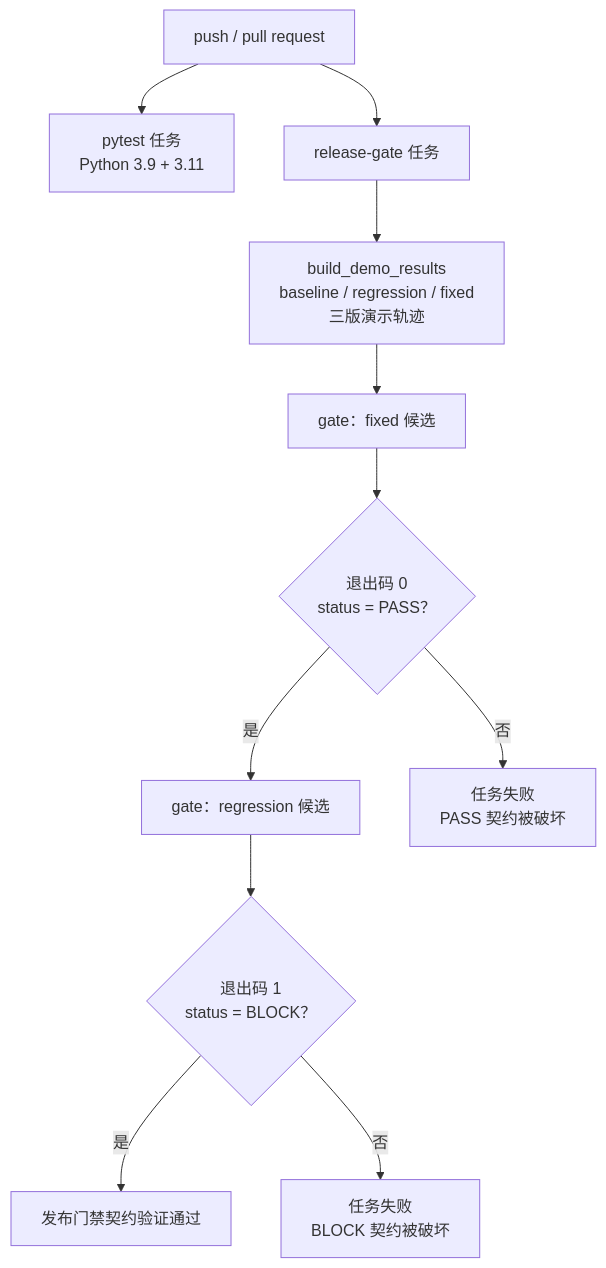
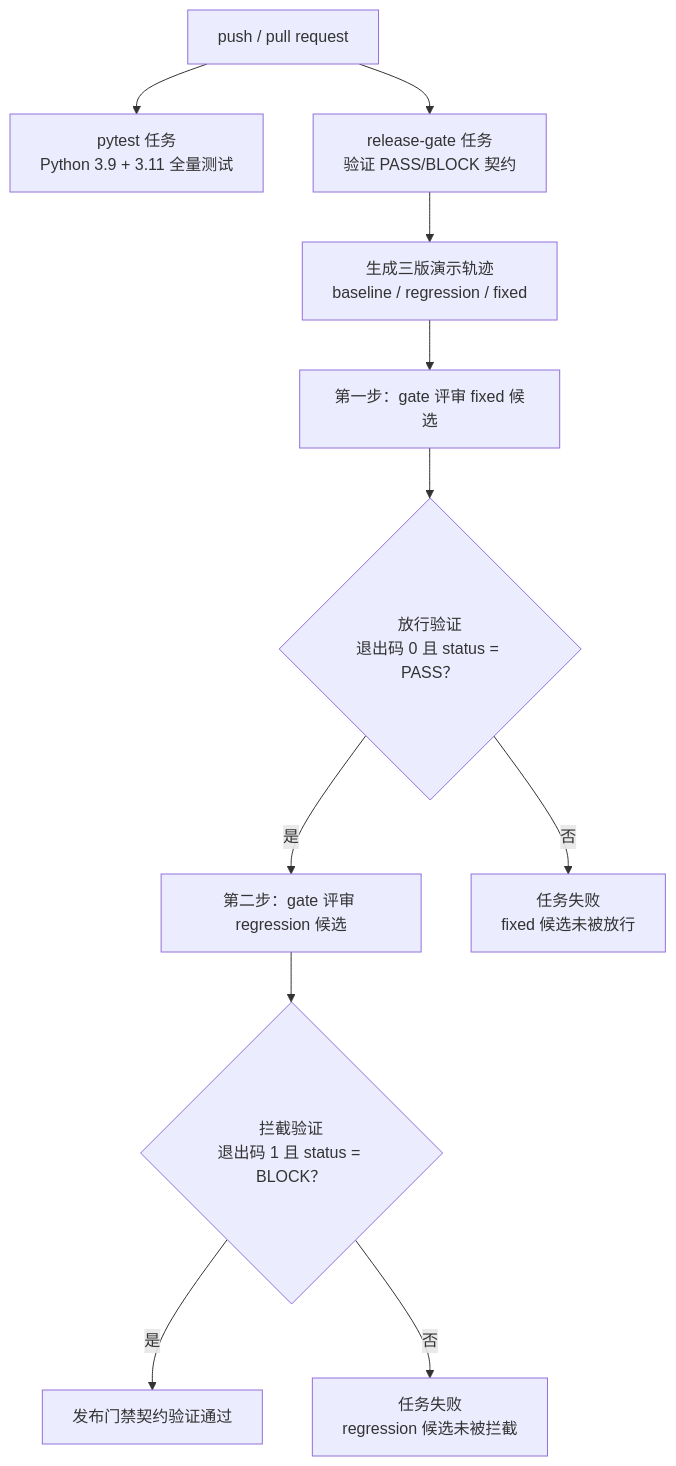
One commit to Ricardu255/TrajectEvo changed the diagram in docs/README.zh-CN.md. Above: the diagram before and after it, drawn with Mermaid. The commit also changed other lines of this file and 1 other file, not shown here.

Commit message:
Rewrite the CI section: two-step gate verification in prose and diagram
The intro now spells out the pass-through check (fixed candidate must be allowed, exit 0 / PASS) and the block check (regression candidate must be blocked, exit 1 / BLOCK); the diagram labels mirror those terms and the failure nodes state exactly which check failed.

````diff
--- a/docs/README.zh-CN.md
+++ b/docs/README.zh-CN.md
@@ -119,13 +123,13 @@
 ```mermaid
 flowchart TD
-    Trigger["push / pull request"] --> Pytest["pytest 任务<br/>Python 3.9 + 3.11"]
-    Trigger --> Gate["release-gate 任务"]
-    Gate --> Gen["build_demo_results<br/>baseline / regression / fixed<br/>三版演示轨迹"]
-    Gen --> FixedGate["gate：fixed 候选"]
-    FixedGate --> PassCheck{"退出码 0<br/>status = PASS？"}
-    PassCheck -- "是" --> RegGate["gate：regression 候选"]
-    PassCheck -- "否" --> Fail1["任务失败<br/>PASS 契约被破坏"]
-    RegGate --> BlockCheck{"退出码 1<br/>status = BLOCK？"}
+    Trigger["push / pull request"] --> Pytest["pytest 任务<br/>Python 3.9 + 3.11 全量测试"]
+    Trigger --> Gate["release-gate 任务<br/>验证 PASS/BLOCK 契约"]
+    Gate --> Gen["生成三版演示轨迹<br/>baseline / regression / fixed"]
+    Gen --> FixedGate["第一步：gate 评审 fixed 候选"]
+    FixedGate --> PassCheck{"放行验证<br/>退出码 0 且 status = PASS？"}
+    PassCheck -- "是" --> RegGate["第二步：gate 评审 regression 候选"]
+    PassCheck -- "否" --> Fail1["任务失败<br/>fixed 候选未被放行"]
+    RegGate --> BlockCheck{"拦截验证<br/>退出码 1 且 status = BLOCK？"}
     BlockCheck -- "是" --> Ok["发布门禁契约验证通过"]
-    BlockCheck -- "否" --> Fail2["任务失败<br/>BLOCK 契约被破坏"]
+    BlockCheck -- "否" --> Fail2["任务失败<br/>regression 候选未被拦截"]
 ```
````
